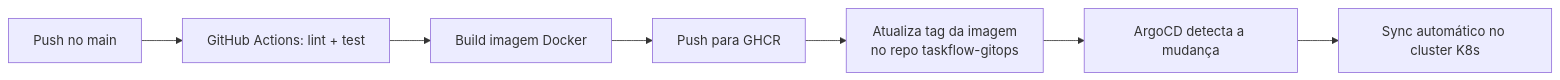
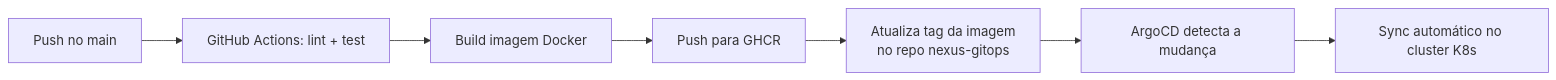
The diagram in README.md (FelipeFranca07/nexus-api), drawn with Mermaid before and after one commit. The commit also changed other lines of this file and 4 other files, not shown here.

````diff
--- a/README.md
+++ b/README.md
@@ -12,9 +12,9 @@
 ```mermaid
 flowchart LR
     A[Push no main] --> B[GitHub Actions: lint + test]
     B --> C[Build imagem Docker]
     C --> D[Push para GHCR]
-    D --> E[Atualiza tag da imagem\nno repo taskflow-gitops]
+    D --> E[Atualiza tag da imagem\nno repo nexus-gitops]
     E --> F[ArgoCD detecta a mudança]
     F --> G[Sync automático no cluster K8s]
 ```
````
